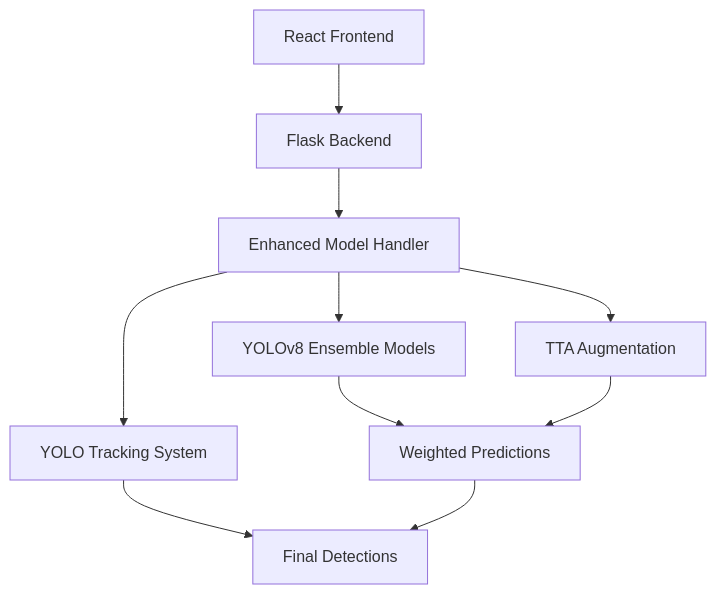
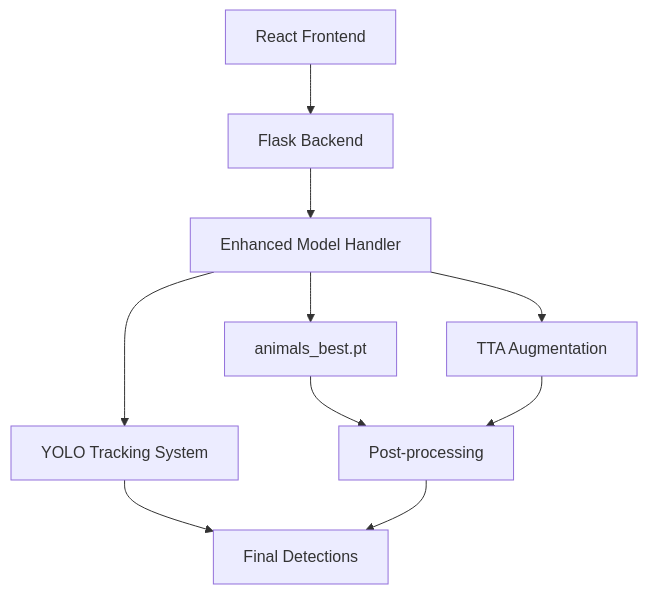
Before and after one commit to santinomassera1/Deteccion_Animales_IA_USAL: the diagram in README.md, drawn with Mermaid. The commit also changed other lines of this file and 9 other files, not shown here.

````diff
--- a/README.md
+++ b/README.md
@@ -69,12 +70,12 @@
 ```mermaid
 graph TB
     A[React Frontend] --> B[Flask Backend]
     B --> C[Enhanced Model Handler]
-    C --> D[YOLOv8 Ensemble Models]
+    C --> D[animals_best.pt]
     C --> E[TTA Augmentation]
     C --> F[YOLO Tracking System]
-    D --> G[Weighted Predictions]
+    D --> G[Post-processing]
     E --> G
     F --> H[Final Detections]
     G --> H
 ```
````
